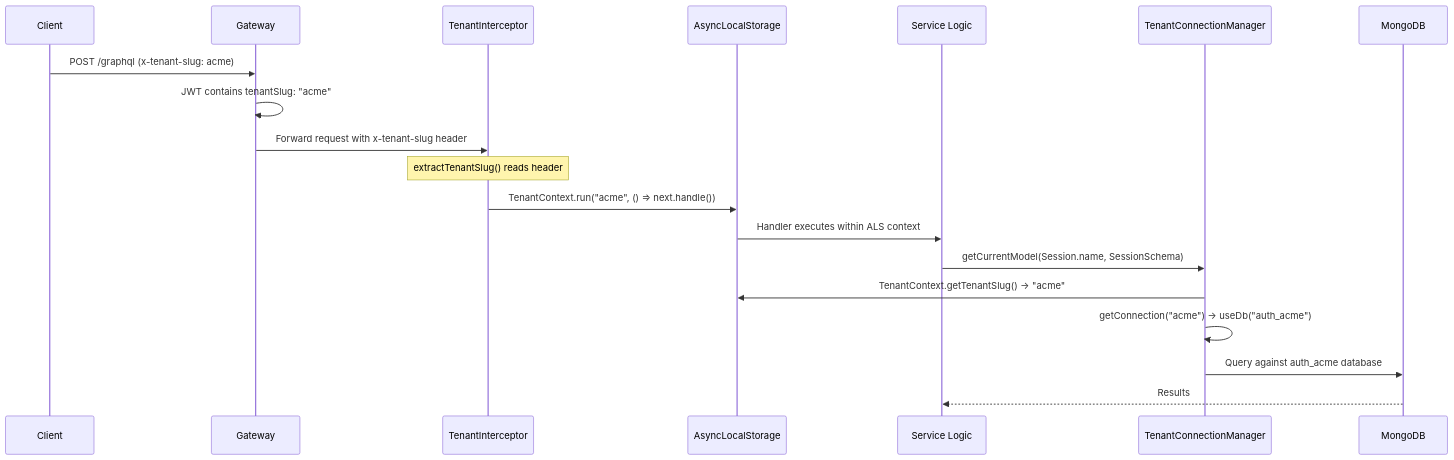
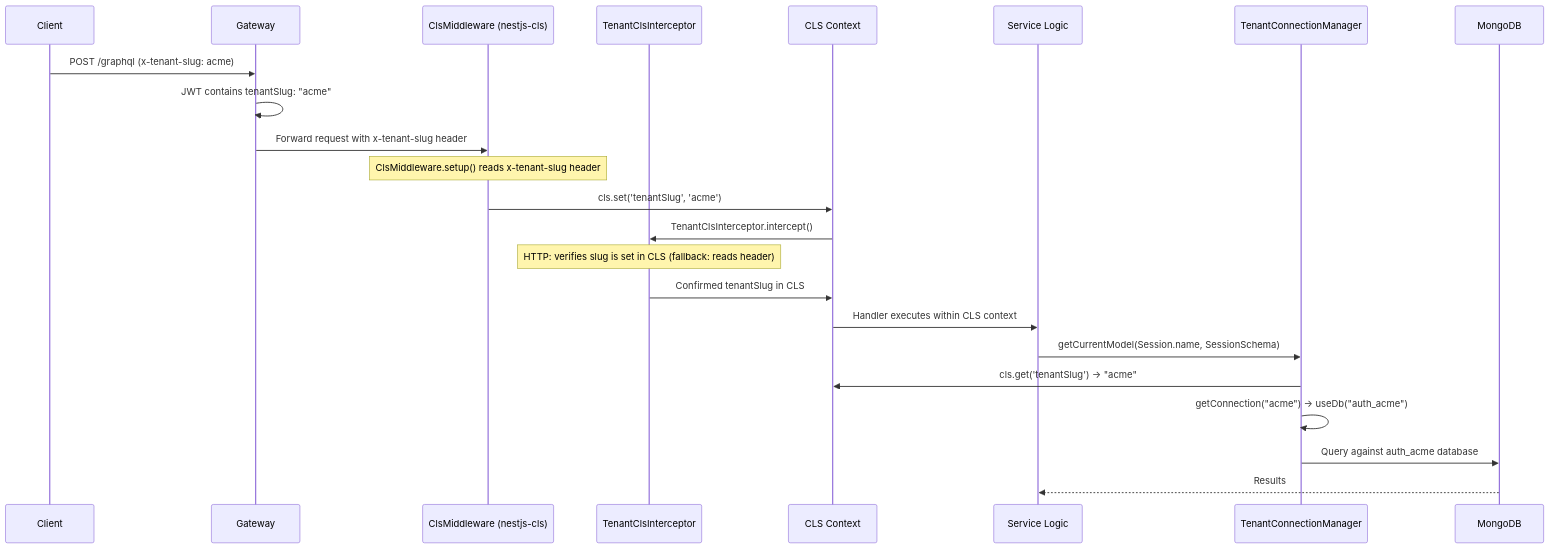
The first of 4 diagrams in docs/architecture/multi-tenant.md (CucuProject/cucu-docs), drawn with Mermaid before and after one commit. The commit also changed other lines of this file and 14 other files, not shown here.

First line of the commit message:
docs: update for nestjs-cls migration, JWT middleware, and auth orchestrator changes

````diff
--- a/docs/architecture/multi-tenant.md
+++ b/docs/architecture/multi-tenant.md
@@ -21,24 +25,28 @@
 ```mermaid
 sequenceDiagram
     participant Client
     participant Gateway
-    participant Interceptor as TenantInterceptor
-    participant ALS as AsyncLocalStorage
+    participant ClsMw as ClsMiddleware (nestjs-cls)
+    participant Interceptor as TenantClsInterceptor
+    participant CLS as CLS Context
     participant Service as Service Logic
     participant ConnMgr as TenantConnectionManager
     participant MongoDB
 
     Client->>Gateway: POST /graphql (x-tenant-slug: acme)
     Gateway->>Gateway: JWT contains tenantSlug: "acme"
-    Gateway->>Interceptor: Forward request with x-tenant-slug header
+    Gateway->>ClsMw: Forward request with x-tenant-slug header
 
-    Note over Interceptor: extractTenantSlug() reads header
-    Interceptor->>ALS: TenantContext.run("acme", () => next.handle())
+    Note over ClsMw: ClsMiddleware.setup() reads x-tenant-slug header
+    ClsMw->>CLS: cls.set('tenantSlug', 'acme')
+    CLS->>Interceptor: TenantClsInterceptor.intercept()
+    Note over Interceptor: HTTP: verifies slug is set in CLS (fallback: reads header)
+    Interceptor->>CLS: Confirmed tenantSlug in CLS
     
-    ALS->>Service: Handler executes within ALS context
+    CLS->>Service: Handler executes within CLS context
     Service->>ConnMgr: getCurrentModel(Session.name, SessionSchema)
-    ConnMgr->>ALS: TenantContext.getTenantSlug() → "acme"
+    ConnMgr->>CLS: cls.get('tenantSlug') → "acme"
     ConnMgr->>ConnMgr: getConnection("acme") → useDb("auth_acme")
     ConnMgr->>MongoDB: Query against auth_acme database
     MongoDB-->>Service: Results
 ```
````
